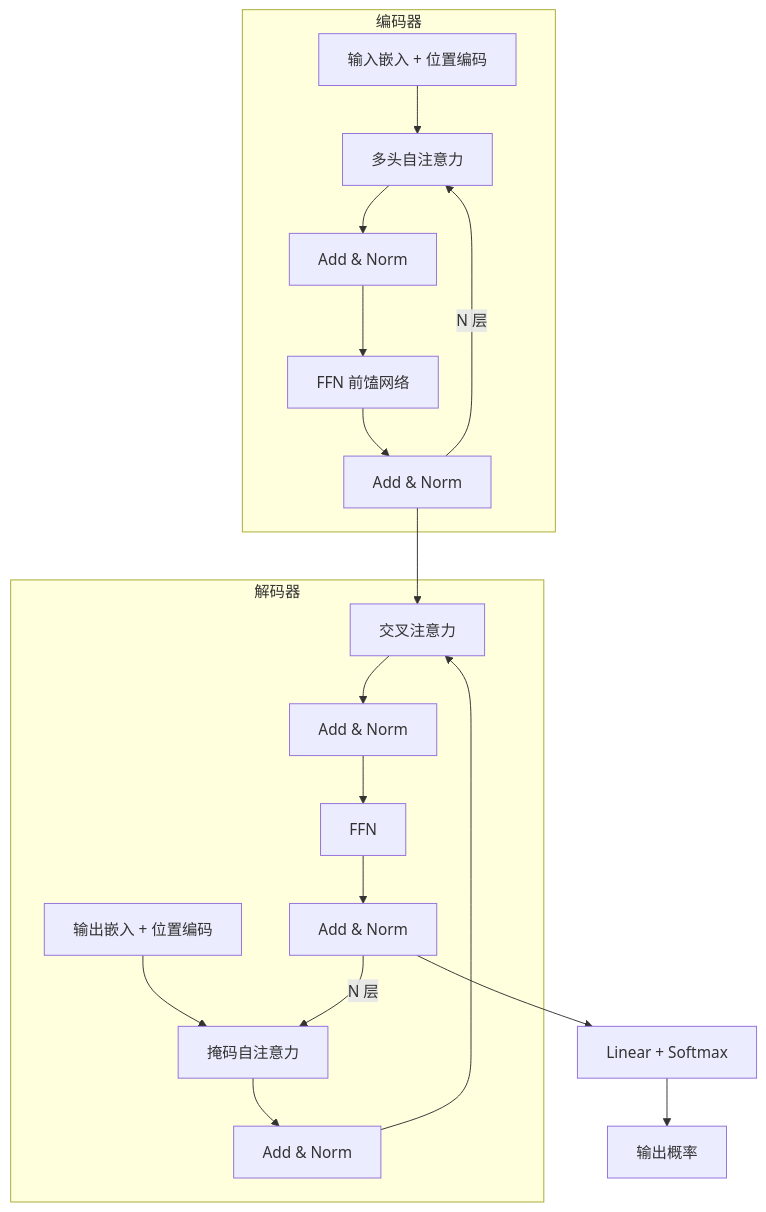
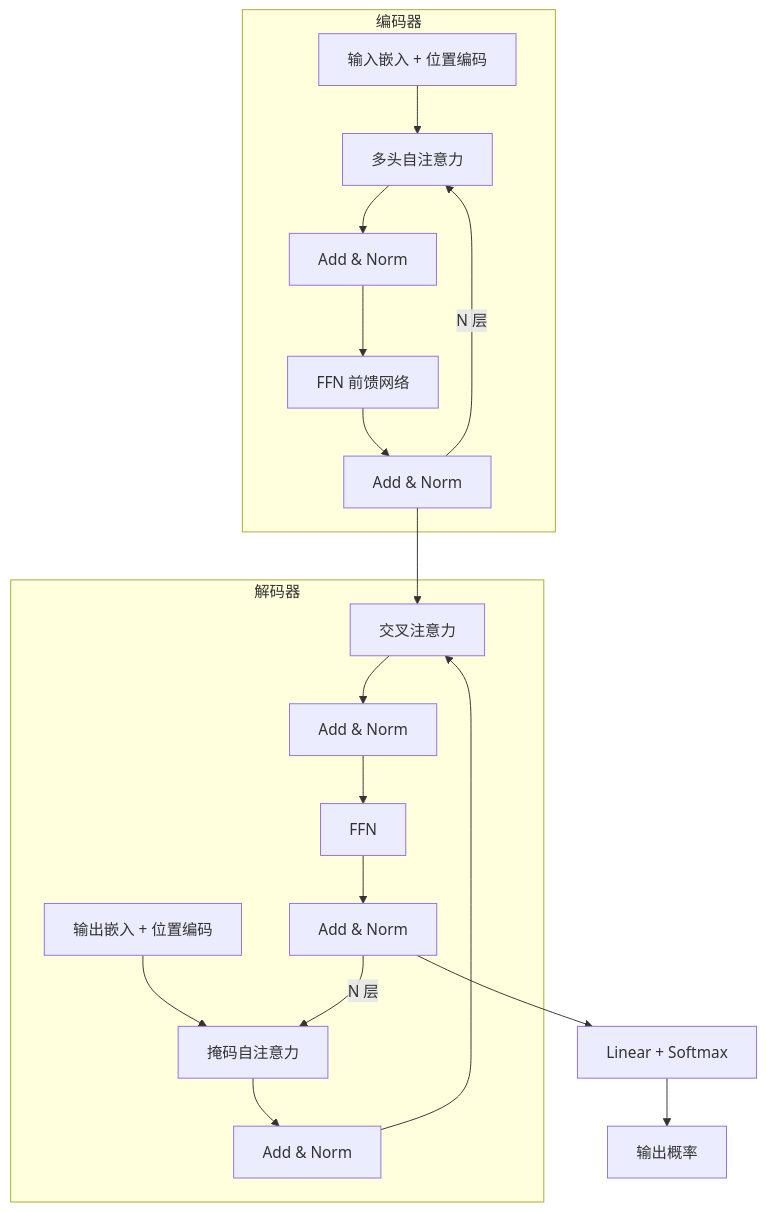
Before and after one commit to modelscope/modelscope-classroom: the first of 2 diagrams in 大模型讲义/03-深度学习模型/04-Transformer架构.md, drawn with Mermaid. The commit also changed other lines of this file and 78 other files, not shown here.

````diff
--- a/大模型讲义/03-深度学习模型/04-Transformer架构.md
+++ b/大模型讲义/03-深度学习模型/04-Transformer架构.md
@@ -41,22 +41,22 @@
 ```mermaid
 graph TD
     subgraph 编码器
         A[输入嵌入 + 位置编码] --> B[多头自注意力]
         B --> C[Add & Norm]
-        C --> D[FFN 前馌网络]
+        C --> D[FFN 前馈网络]
         D --> E[Add & Norm]
         E --> |"N 层"| B
     end
     subgraph 解码器
         F[输出嵌入 + 位置编码] --> G[掩码自注意力]
         G --> H[Add & Norm]
         H --> I[交叉注意力]
         E --> I
         I --> J[Add & Norm]
         J --> K[FFN]
         K --> L[Add & Norm]
         L --> |"N 层"| G
     end
     L --> M[Linear + Softmax]
     M --> N[输出概率]
 ```
````
